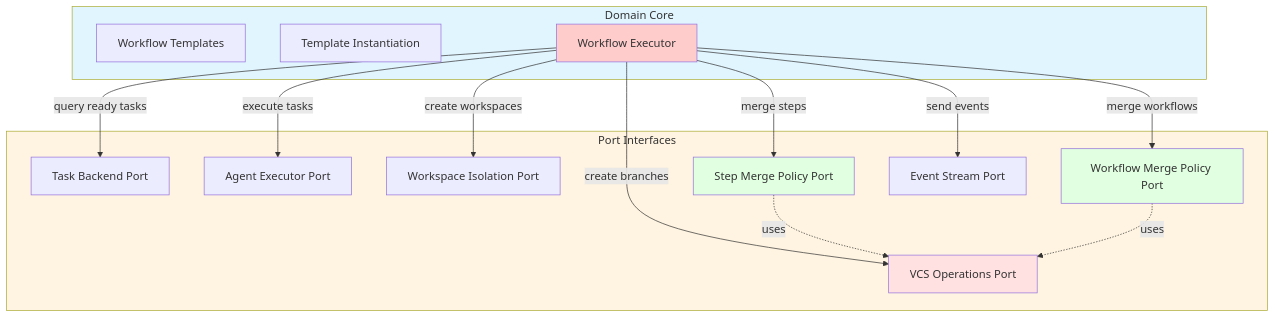
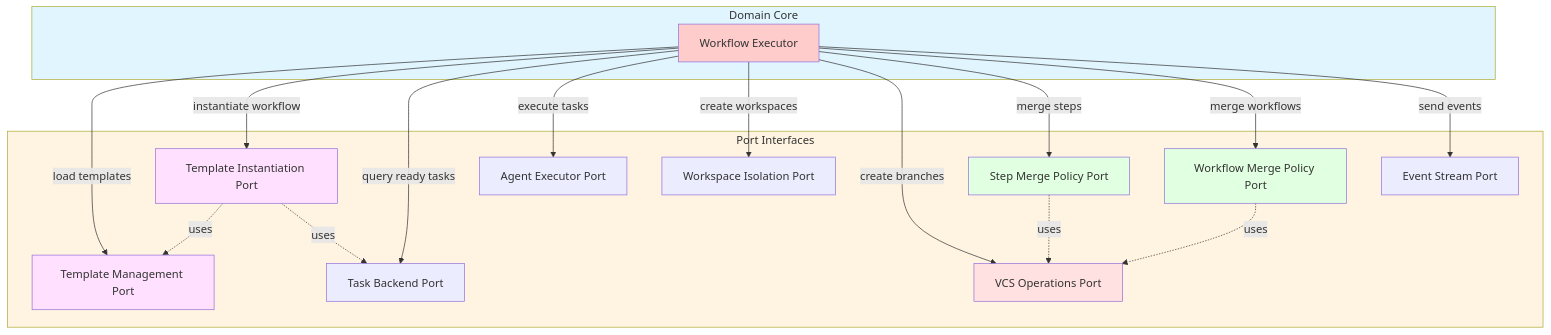
Before and after one commit to davidvc/codeflow: the diagram in docs/architecture/design.md, drawn with Mermaid. The commit also changed other lines of this file and 1 other file, not shown here.

````diff
--- a/docs/architecture/design.md
+++ b/docs/architecture/design.md
@@ -32,38 +32,44 @@
 ```mermaid
 graph TB
     subgraph Domain["Domain Core"]
-        WT[Workflow Templates]
-        TI[Template Instantiation]
         EXE[Workflow Executor]
     end
 
     subgraph Ports["Port Interfaces"]
+        TMP[Template Management Port]
+        TIP[Template Instantiation Port]
         TBP[Task Backend Port]
         AEP[Agent Executor Port]
         WIP[Workspace Isolation Port]
         VOP[VCS Operations Port]
         SMP[Step Merge Policy Port]
         WMP[Workflow Merge Policy Port]
         EVP[Event Stream Port]
     end
 
     %% Executor interactions with ports
+    EXE -->|load templates| TMP
+    EXE -->|instantiate workflow| TIP
     EXE -->|query ready tasks| TBP
     EXE -->|execute tasks| AEP
     EXE -->|create workspaces| WIP
     EXE -->|create branches| VOP
     EXE -->|merge steps| SMP
     EXE -->|merge workflows| WMP
     EXE -->|send events| EVP
 
     %% Port dependencies
+    TIP -.uses.-> TMP
+    TIP -.uses.-> TBP
     SMP -.uses.-> VOP
     WMP -.uses.-> VOP
 
     style Domain fill:#e1f5ff
     style Ports fill:#fff4e1
     style EXE fill:#ffcccc
+    style TMP fill:#ffe1ff
+    style TIP fill:#ffe1ff
     style VOP fill:#ffe1e1
     style SMP fill:#e1ffe1
     style WMP fill:#e1ffe1
 ```
````
